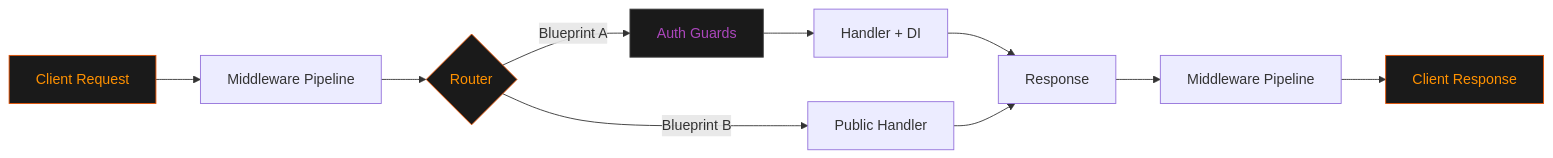
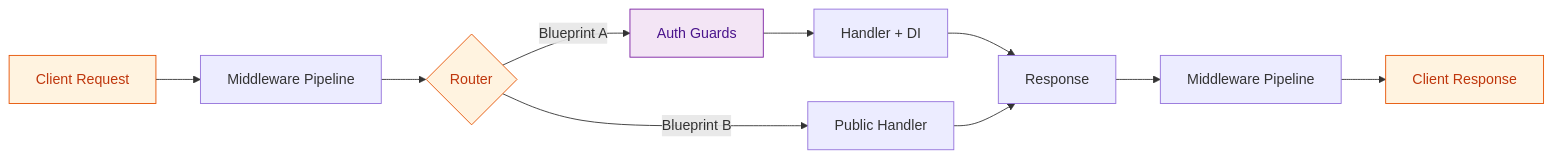
One commit to jagadeesh32/cello changed the diagram in docs/examples/index.md. Above: the diagram before and after it, drawn with Mermaid. The commit also changed other lines of this file and 22 other files, not shown here.

````diff
--- a/docs/examples/index.md
+++ b/docs/examples/index.md
@@ -208,17 +402,17 @@
 ```mermaid
 graph LR
     A[Client Request] --> B[Middleware Pipeline]
     B --> C{Router}
     C -->|Blueprint A| D[Auth Guards]
     C -->|Blueprint B| E[Public Handler]
     D --> F[Handler + DI]
     F --> G[Response]
     E --> G
     G --> H[Middleware Pipeline]
     H --> I[Client Response]
 
-    style A fill:#1A1A1A,stroke:#E65100,color:#FF9100
-    style I fill:#1A1A1A,stroke:#E65100,color:#FF9100
-    style C fill:#1A1A1A,stroke:#E65100,color:#FF9100
-    style D fill:#1A1A1A,stroke:#424242,color:#ab47bc
+    style A fill:#FFF3E0,stroke:#E65100,color:#BF360C
+    style I fill:#FFF3E0,stroke:#E65100,color:#BF360C
+    style C fill:#FFF3E0,stroke:#E65100,color:#BF360C
+    style D fill:#F3E5F5,stroke:#7B1FA2,color:#4A148C
 ```
````
